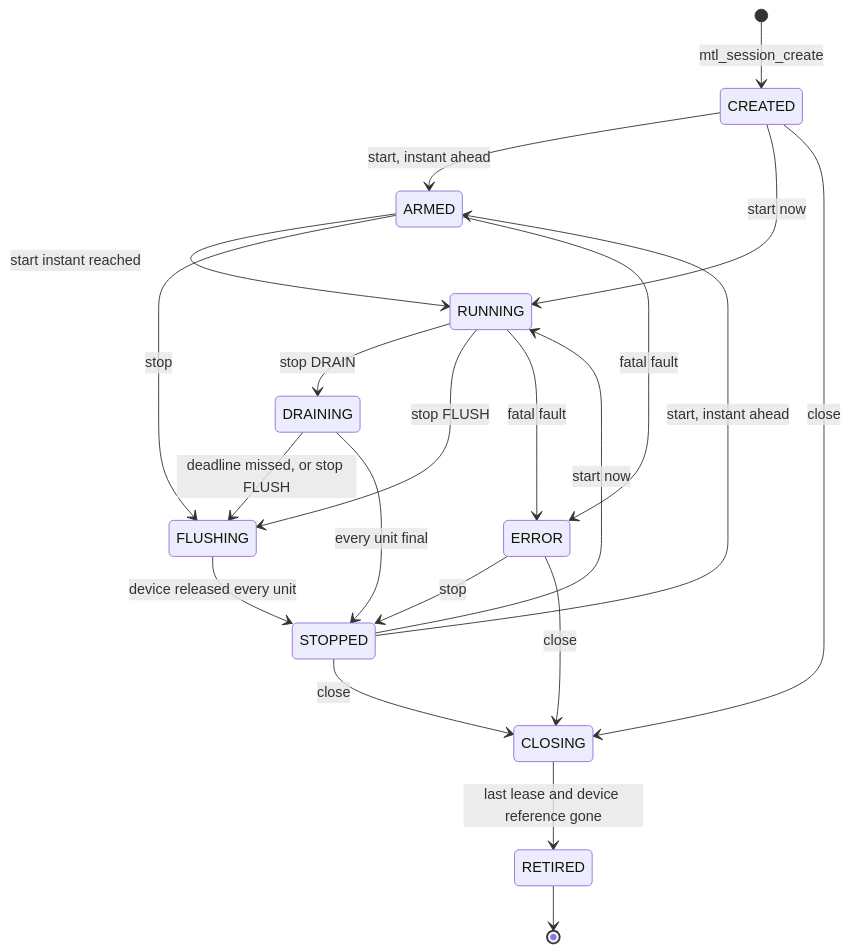
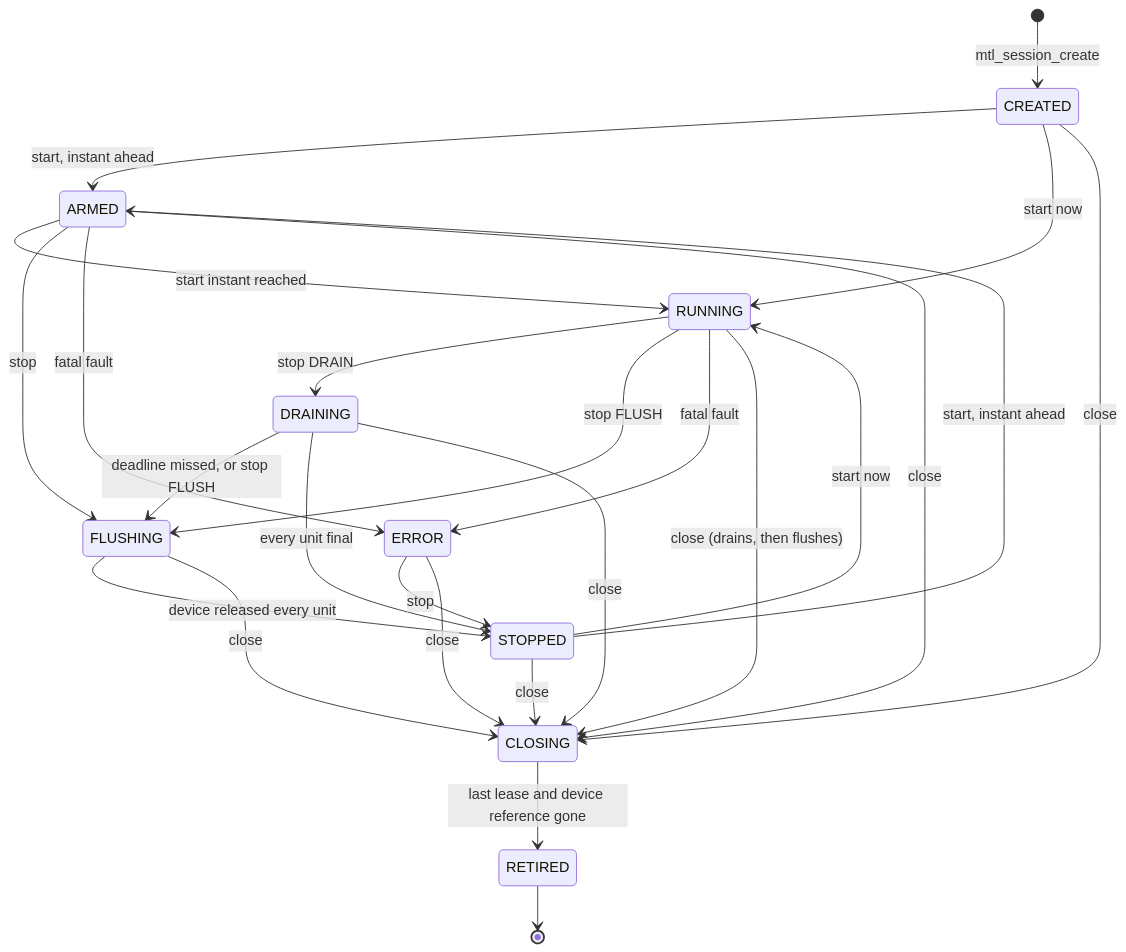
One commit to Sakoram/Media-Transport-Library changed the diagram in doc/unified-api/contract.md. Above: the diagram before and after it, drawn with Mermaid. The commit also changed other lines of this file and 56 other files, not shown here.

````diff
--- a/doc/unified-api/contract.md
+++ b/doc/unified-api/contract.md
@@ -432,23 +548,27 @@
 ```mermaid
 stateDiagram-v2
     [*] --> CREATED: mtl_session_create
     CREATED --> ARMED: start, instant ahead
     CREATED --> RUNNING: start now
     STOPPED --> ARMED: start, instant ahead
     STOPPED --> RUNNING: start now
     ARMED --> RUNNING: start instant reached
     ARMED --> FLUSHING: stop
     RUNNING --> DRAINING: stop DRAIN
     RUNNING --> FLUSHING: stop FLUSH
     DRAINING --> FLUSHING: deadline missed, or stop FLUSH
     DRAINING --> STOPPED: every unit final
     FLUSHING --> STOPPED: device released every unit
     RUNNING --> ERROR: fatal fault
     ARMED --> ERROR: fatal fault
     ERROR --> STOPPED: stop
     CREATED --> CLOSING: close
     STOPPED --> CLOSING: close
     ERROR --> CLOSING: close
+    ARMED --> CLOSING: close
+    RUNNING --> CLOSING: close (drains, then flushes)
+    DRAINING --> CLOSING: close
+    FLUSHING --> CLOSING: close
     CLOSING --> RETIRED: last lease and device reference gone
     RETIRED --> [*]
 ```
````
